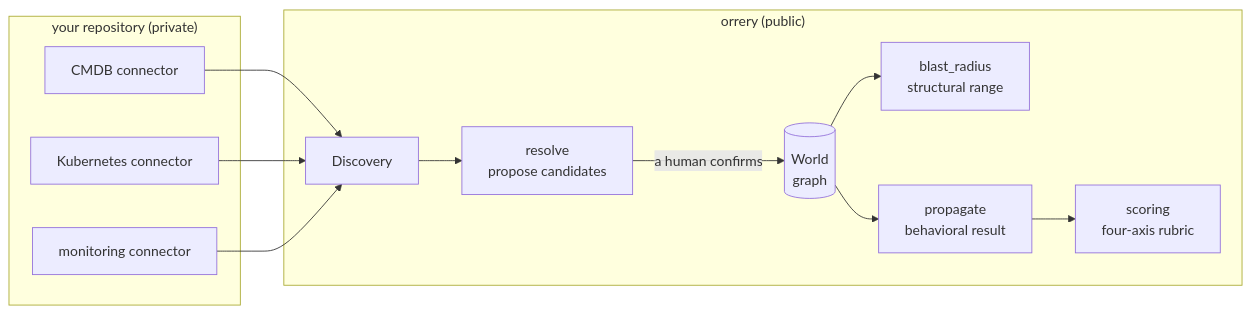
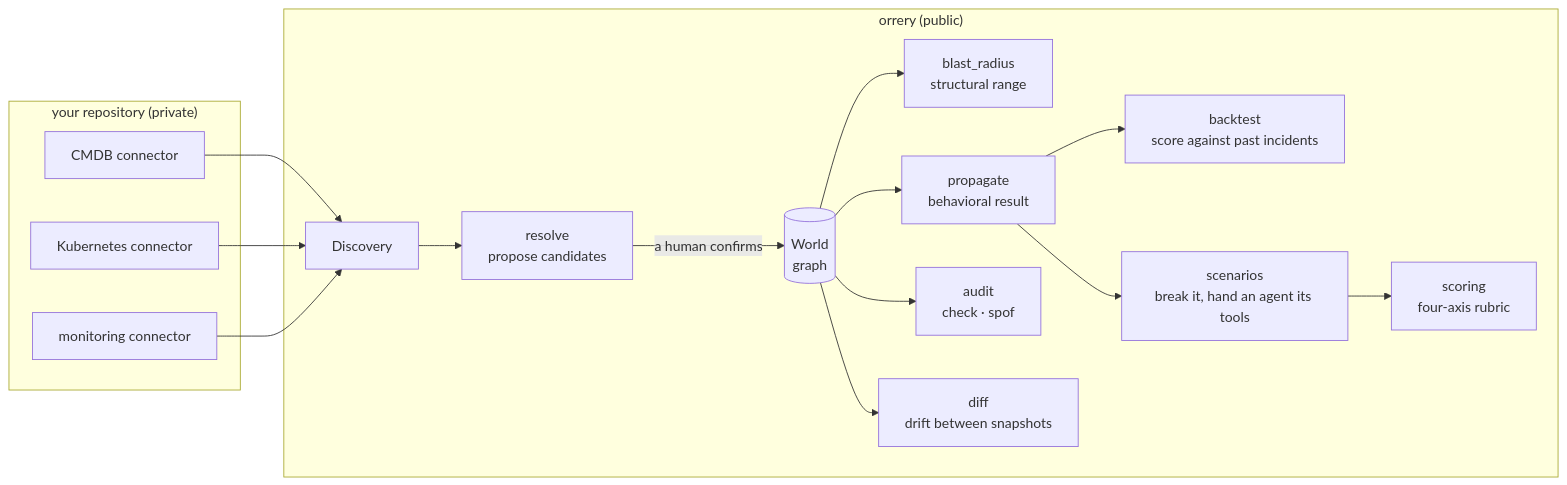
The first of 3 diagrams in docs/ARCHITECTURE.md (yim0823/orrery), drawn with Mermaid before and after one commit. The commit also changed other lines of this file and 10 other files, not shown here.

````diff
--- a/docs/ARCHITECTURE.md
+++ b/docs/ARCHITECTURE.md
@@ -13,18 +13,22 @@
 ```mermaid
 flowchart LR
   subgraph outside["your repository (private)"]
     C1[CMDB connector]
     C2[Kubernetes connector]
     C3[monitoring connector]
   end
   subgraph engine["orrery (public)"]
     D[Discovery] --> R[resolve<br/>propose candidates]
     R -->|a human confirms| W[(World<br/>graph)]
     W --> B[blast_radius<br/>structural range]
     W --> P[propagate<br/>behavioral result]
-    P --> S[scoring<br/>four-axis rubric]
+    W --> A[audit<br/>check · spof]
+    W --> DF[diff<br/>drift between snapshots]
+    P --> BT[backtest<br/>score against past incidents]
+    P --> SC[scenarios<br/>break it, hand an agent its tools]
+    SC --> S[scoring<br/>four-axis rubric]
   end
   C1 --> D
   C2 --> D
   C3 --> D
 ```
````
